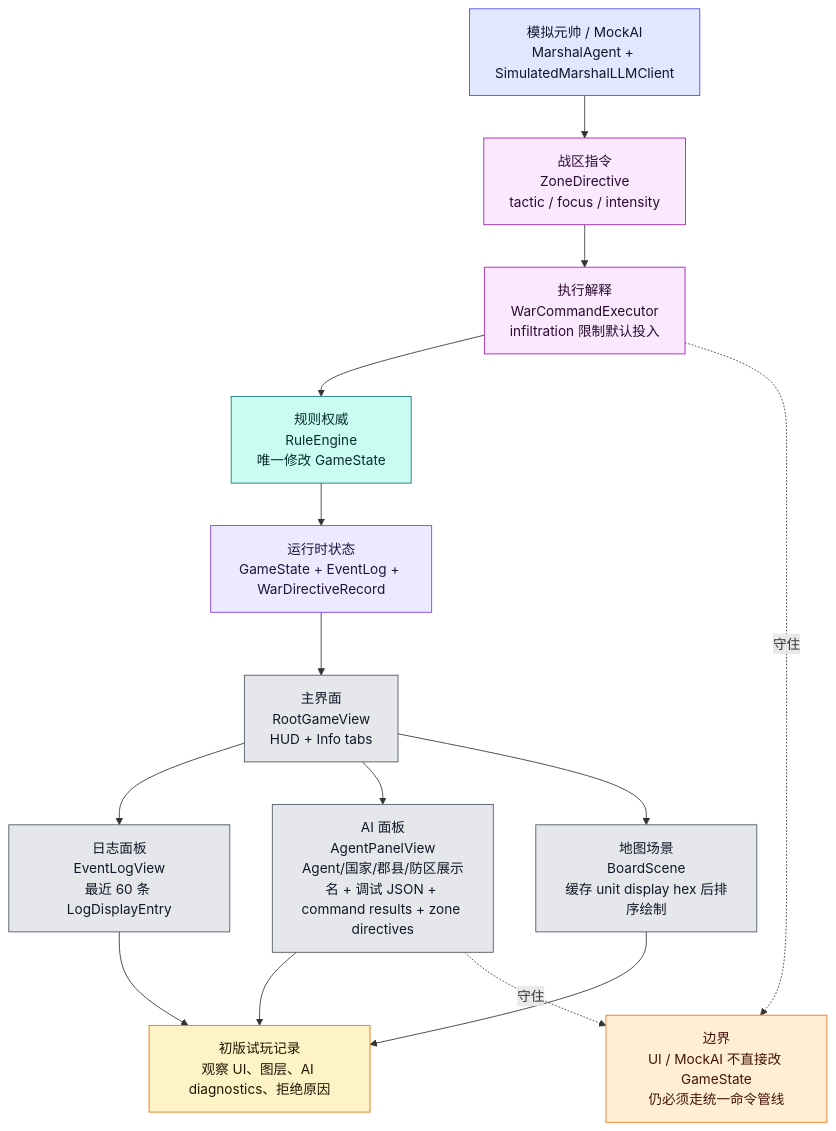
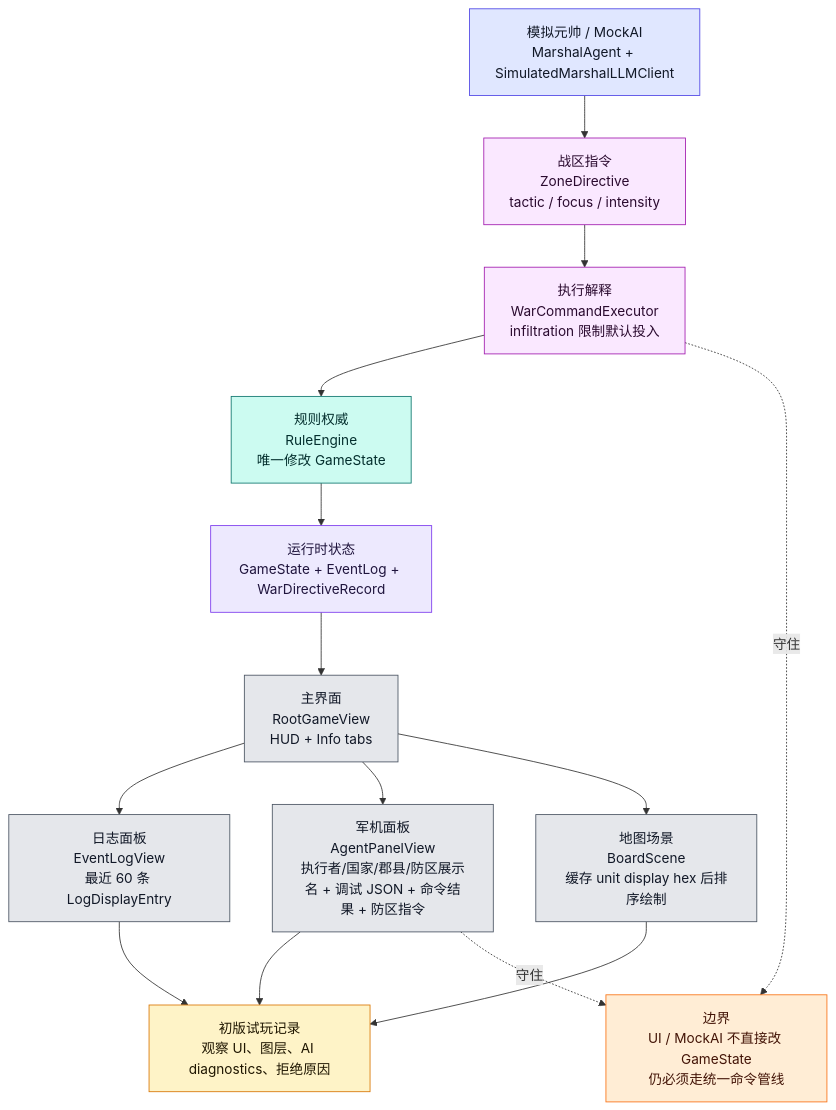
The seventh of 9 diagrams in md/flow/flowchart.md (Altman-sam114/121), drawn with Mermaid before and after one commit. The commit also changed other lines of this file and 11 other files, not shown here.

````diff
--- a/md/flow/flowchart.md
+++ b/md/flow/flowchart.md
@@ -472,34 +472,34 @@
 ```mermaid
 flowchart TD
     STATE["运行时状态<br/>GameState + EventLog + WarDirectiveRecord"]:::state
     ROOT["主界面<br/>RootGameView<br/>HUD + Info tabs"]:::ui
     LOG["日志面板<br/>EventLogView<br/>最近 60 条 LogDisplayEntry"]:::ui
-    AIUI["AI 面板<br/>AgentPanelView<br/>Agent/国家/郡县/防区展示名 + 调试 JSON + command results + zone directives"]:::ui
+    AIUI["军机面板<br/>AgentPanelView<br/>执行者/国家/郡县/防区展示名 + 调试 JSON + 命令结果 + 防区指令"]:::ui
     BOARD["地图场景<br/>BoardScene<br/>缓存 unit display hex 后排序绘制"]:::ui
     MARSHAL["模拟元帅 / MockAI<br/>MarshalAgent + SimulatedMarshalLLMClient"]:::ai
     ZD["战区指令<br/>ZoneDirective<br/>tactic / focus / intensity"]:::command
     WCE["执行解释<br/>WarCommandExecutor<br/>infiltration 限制默认投入"]:::command
     RULE["规则权威<br/>RuleEngine<br/>唯一修改 GameState"]:::rules
     PLAYTEST["初版试玩记录<br/>观察 UI、图层、AI diagnostics、拒绝原因"]:::doc
 
     STATE --> ROOT
     ROOT --> LOG
     ROOT --> AIUI
     ROOT --> BOARD
     MARSHAL --> ZD --> WCE --> RULE --> STATE
     AIUI --> PLAYTEST
     LOG --> PLAYTEST
     BOARD --> PLAYTEST
 
     WARN["边界<br/>UI / MockAI 不直接改 GameState<br/>仍必须走统一命令管线"]:::warn
     AIUI -.守住.-> WARN
     WCE -.守住.-> WARN
 
     classDef state fill:#ede9fe,stroke:#7c3aed,color:#1f143d
     classDef ui fill:#e5e7eb,stroke:#4b5563,color:#111827
     classDef ai fill:#e0e7ff,stroke:#4f46e5,color:#111827
     classDef command fill:#fae8ff,stroke:#a21caf,color:#2a0a2f
     classDef rules fill:#ccfbf1,stroke:#0f766e,color:#042f2e
     classDef doc fill:#fef3c7,stroke:#d97706,color:#1f1600
     classDef warn fill:#ffedd5,stroke:#f97316,color:#431407
 ```
````
